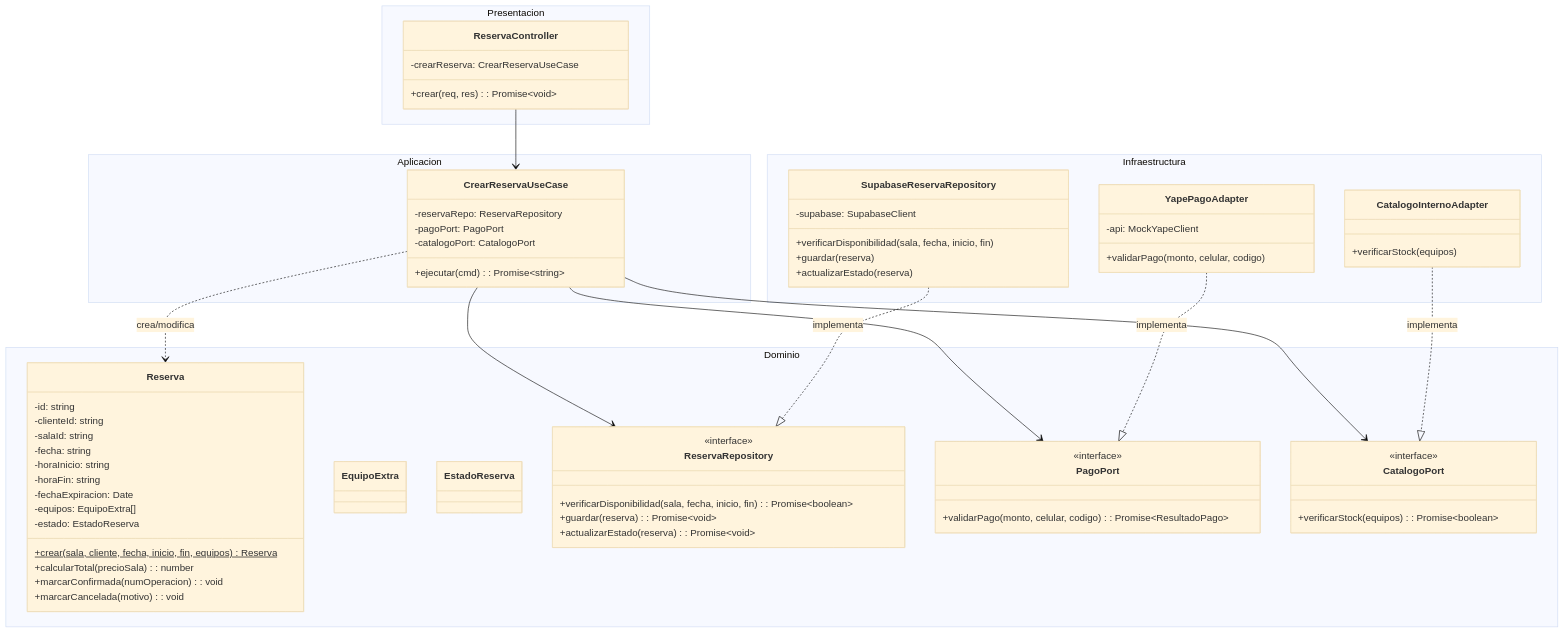
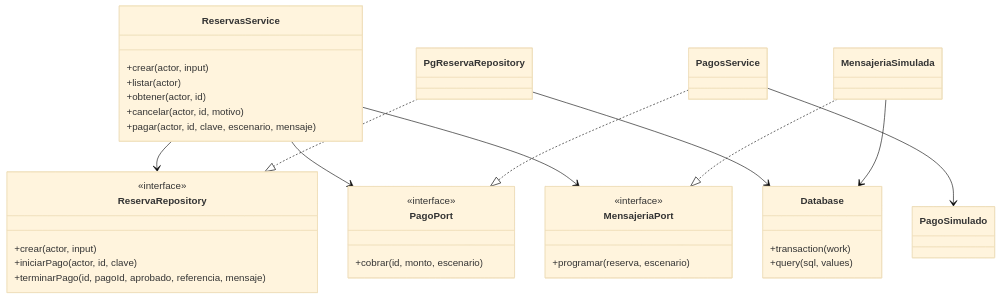
One commit to MancillaLui/app-reservas-salas-ayacucho changed the first of 2 diagrams in 04-modelo-c4/nivel_4_diagrama_de_codigo.md. Above: the diagram before and after it, drawn with Mermaid (base theme). The commit also changed other lines of this file and 173 other files, not shown here.

````diff
--- a/04-modelo-c4/nivel_4_diagrama_de_codigo.md
+++ b/04-modelo-c4/nivel_4_diagrama_de_codigo.md
@@ -26,90 +5,41 @@
 ```mermaid
 classDiagram
-    namespace Presentacion {
-        class ReservaController
-    }
-    
-    namespace Aplicacion {
-        class CrearReservaUseCase
-    }
-
-    namespace Dominio {
-        class Reserva
-        class EquipoExtra
-        class EstadoReserva
-        class ReservaRepository
-        class PagoPort
-        class CatalogoPort
-    }
-
-    namespace Infraestructura {
-        class SupabaseReservaRepository
-        class YapePagoAdapter
-        class CatalogoInternoAdapter
-    }
-
-    class ReservaController {
-      -crearReserva: CrearReservaUseCase
-      +crear(req, res): Promise~void~
-    }
-    class CrearReservaUseCase {
-      -reservaRepo: ReservaRepository
-      -pagoPort: PagoPort
-      -catalogoPort: CatalogoPort
-      +ejecutar(cmd): Promise~string~
-    }
-    class Reserva {
-      -id: string
-      -clienteId: string
-      -salaId: string
-      -fecha: string
-      -horaInicio: string
-      -horaFin: string
-      -fechaExpiracion: Date
-      -equipos: EquipoExtra[]
-      -estado: EstadoReserva
-      +crear(sala, cliente, fecha, inicio, fin, equipos)$ Reserva
-      +calcularTotal(precioSala): number
-      +marcarConfirmada(numOperacion): void
-      +marcarCancelada(motivo): void
+    class ReservasService {
+      +crear(actor, input)
+      +listar(actor)
+      +obtener(actor, id)
+      +cancelar(actor, id, motivo)
+      +pagar(actor, id, clave, escenario, mensaje)
     }
     class ReservaRepository {
       <<interface>>
-      +verificarDisponibilidad(sala, fecha, inicio, fin): Promise~boolean~
-      +guardar(reserva): Promise~void~
-      +actualizarEstado(reserva): Promise~void~
-    }
-    class SupabaseReservaRepository {
-      -supabase: SupabaseClient
-      +verificarDisponibilidad(sala, fecha, inicio, fin)
-      +guardar(reserva)
-      +actualizarEstado(reserva)
+      +crear(actor, input)
+      +iniciarPago(actor, id, clave)
+      +terminarPago(id, pagoId, aprobado, referencia, mensaje)
     }
     class PagoPort {
       <<interface>>
-      +validarPago(monto, celular, codigo): Promise~ResultadoPago~
+      +cobrar(id, monto, escenario)
     }
-    class YapePagoAdapter {
-      -api: MockYapeClient
-      +validarPago(monto, celular, codigo)
+    class MensajeriaPort {
+      <<interface>>
+      +programar(reserva, escenario)
     }
-
-    class CatalogoPort {
-      <<interface>>
-      +verificarStock(equipos): Promise~boolean~
+    class PgReservaRepository
+    class PagosService
+    class PagoSimulado
+    class MensajeriaSimulada
+    class Database {
+      +transaction(work)
+      +query(sql, values)
     }
-    class CatalogoInternoAdapter {
-      +verificarStock(equipos)
-    }
-
-    %% Relaciones
-    ReservaController --> CrearReservaUseCase
-    CrearReservaUseCase ..> Reserva : crea/modifica
-    CrearReservaUseCase --> ReservaRepository
-    CrearReservaUseCase --> PagoPort
-    CrearReservaUseCase --> CatalogoPort
-    
-    SupabaseReservaRepository ..|> ReservaRepository : implementa
-    YapePagoAdapter ..|> PagoPort : implementa
-    CatalogoInternoAdapter ..|> CatalogoPort : implementa
+    ReservasService --> ReservaRepository
+    ReservasService --> PagoPort
+    ReservasService --> MensajeriaPort
+    PgReservaRepository ..|> ReservaRepository
+    PagosService ..|> PagoPort
+    MensajeriaSimulada ..|> MensajeriaPort
+    PagosService --> PagoSimulado
+    PgReservaRepository --> Database
+    MensajeriaSimulada --> Database
 ```
````
